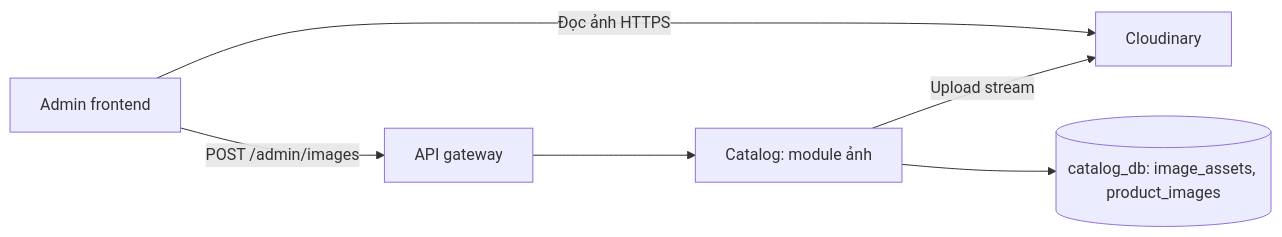
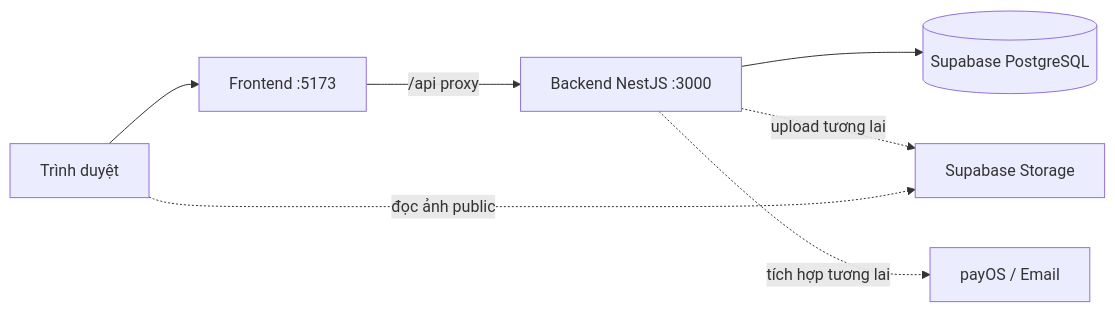
The diagram in docs/Folder-ARCHITECTURE.md (icurff/Nexora), drawn with Mermaid before and after one commit. The commit also changed other lines of this file and 148 other files, not shown here.

````diff
--- a/docs/Folder-ARCHITECTURE.md
+++ b/docs/Folder-ARCHITECTURE.md
@@ -329,8 +57,9 @@
 ```mermaid
 flowchart LR
-    A[Admin frontend] -->|POST /admin/images| G[API gateway]
-    G --> CAT[Catalog: module ảnh]
-    CAT -->|Upload stream| CDN[Cloudinary]
-    CAT --> DB[(catalog_db: image_assets, product_images)]
-    A -->|Đọc ảnh HTTPS| CDN
+    Browser[Trình duyệt] --> Frontend[Frontend :5173]
+    Frontend -->|/api proxy| Backend[Backend NestJS :3000]
+    Backend --> Postgres[(Supabase PostgreSQL)]
+    Backend -. upload tương lai .-> Storage[Supabase Storage]
+    Browser -. đọc ảnh public .-> Storage
+    Backend -. tích hợp tương lai .-> Providers[payOS / Email]
 ```
````
